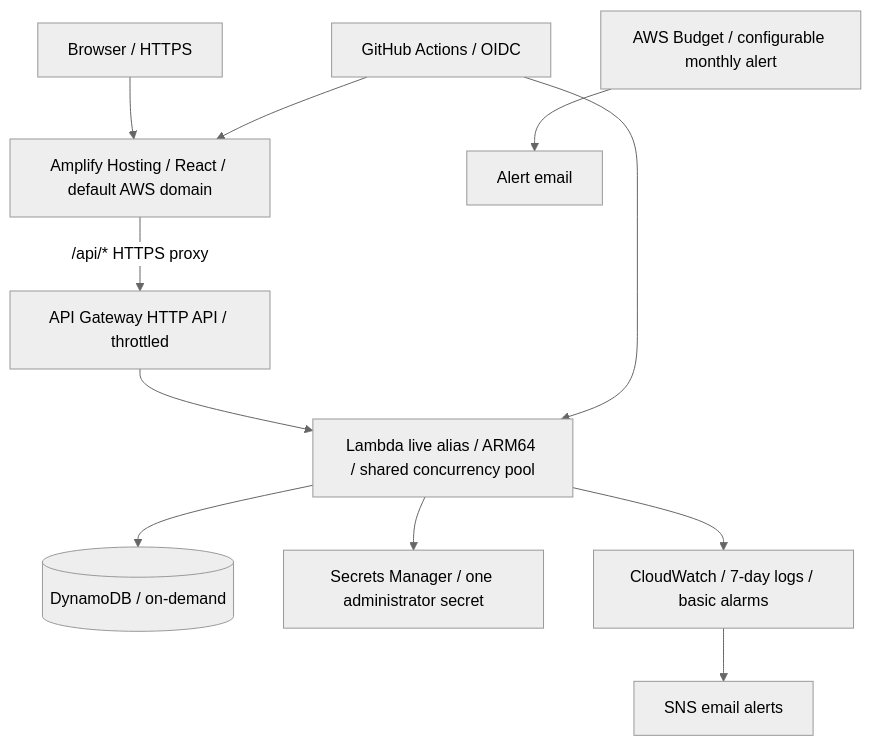
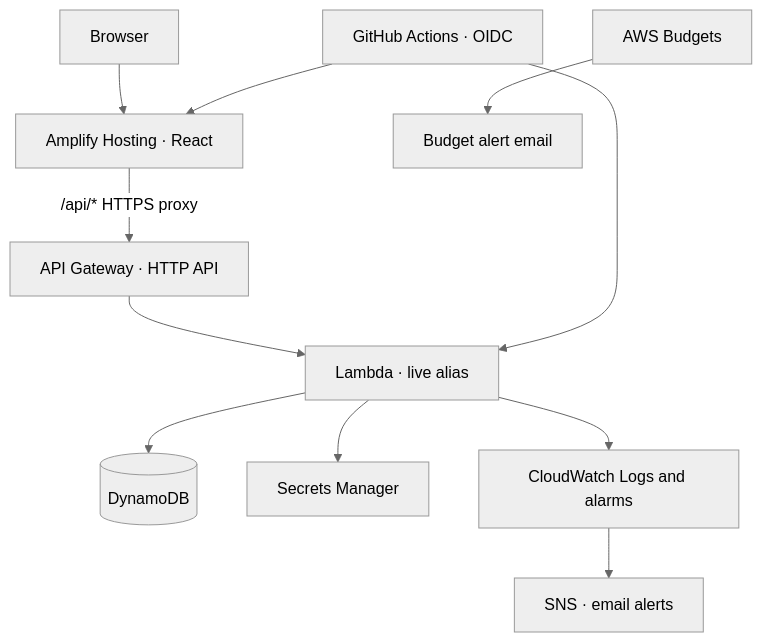
The diagram in README.md (sakthisaravanan8531-hue/employee-app), drawn with Mermaid (neutral theme) before and after one commit. The commit also changed other lines of this file, not shown here.

Commit message:
docs: present employee app with project overview and architecture

````diff
--- a/README.md
+++ b/README.md
@@ -45,13 +42,13 @@
 ```mermaid
 flowchart TD
- Browser[Browser / HTTPS] --> Amplify[Amplify Hosting / React / default AWS domain]
- Amplify -->|"/api/* HTTPS proxy"| API[API Gateway HTTP API / throttled]
- API --> Alias[Lambda live alias / ARM64 / shared concurrency pool]
- Alias --> DB[(DynamoDB / on-demand)]
- Alias --> Secret[Secrets Manager / one administrator secret]
- Alias --> Logs[CloudWatch / 7-day logs / basic alarms]
- Logs --> SNS[SNS email alerts]
- GitHub[GitHub Actions / OIDC] --> Alias
- GitHub --> Amplify
- Budget[AWS Budget / configurable monthly alert] --> Email[Alert email]
+    Browser["Browser"] --> Hosting["Amplify Hosting · React"]
+    Hosting -->|"/api/* HTTPS proxy"| API["API Gateway · HTTP API"]
+    API --> Backend["Lambda · live alias"]
+    Backend --> Data[("DynamoDB")]
+    Backend --> Secret["Secrets Manager"]
+    Backend --> Logs["CloudWatch Logs and alarms"]
+    Logs --> Alerts["SNS · email alerts"]
+    Actions["GitHub Actions · OIDC"] --> Backend
+    Actions --> Hosting
+    Budget["AWS Budgets"] --> Email["Budget alert email"]
 ```
````
